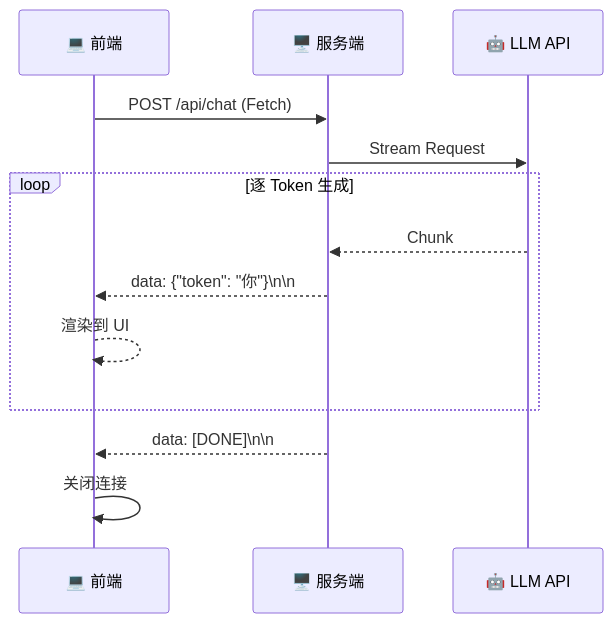
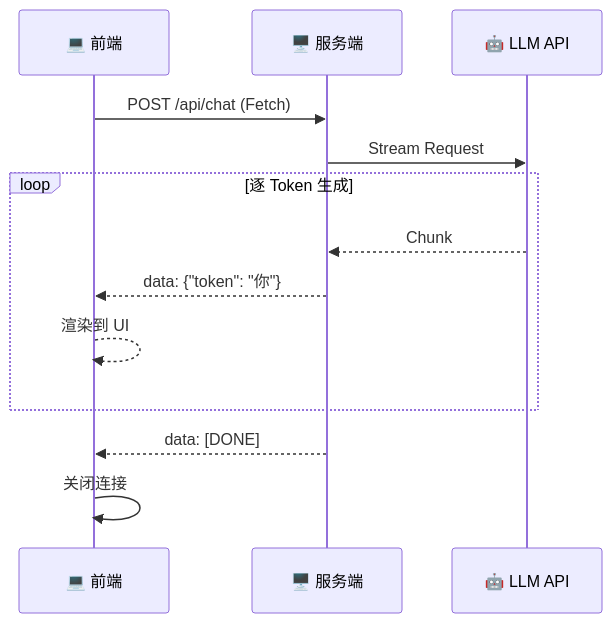
One commit to KMaybe01/common changed the ninth of 23 diagrams in S5-AI/07-技术选型对比合集.md. Above: the diagram before and after it, drawn with Mermaid. The commit also changed other lines of this file and 54 other files, not shown here.

````diff
--- a/S5-AI/07-技术选型对比合集.md
+++ b/S5-AI/07-技术选型对比合集.md
@@ -907,16 +899,20 @@
 ```mermaid
 sequenceDiagram
     participant Client as 💻 前端
     participant Server as 🖥️ 服务端
     participant LLM as 🤖 LLM API
 
     Client->>Server: POST /api/chat (Fetch)
     Server->>LLM: Stream Request
     loop 逐 Token 生成
         LLM-->>Server: Chunk
-        Server-->>Client: data: {"token": "你"}\n\n
+        Server-->>Client: data: {"token": "你"}
+
+
         Client-->>Client: 渲染到 UI
     end
-    Server-->>Client: data: [DONE]\n\n
+    Server-->>Client: data: [DONE]
+
+
     Client->>Client: 关闭连接
 ```
````
